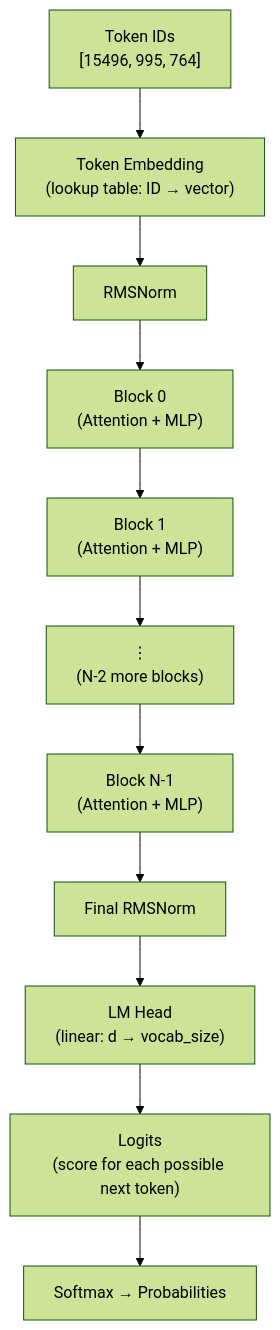
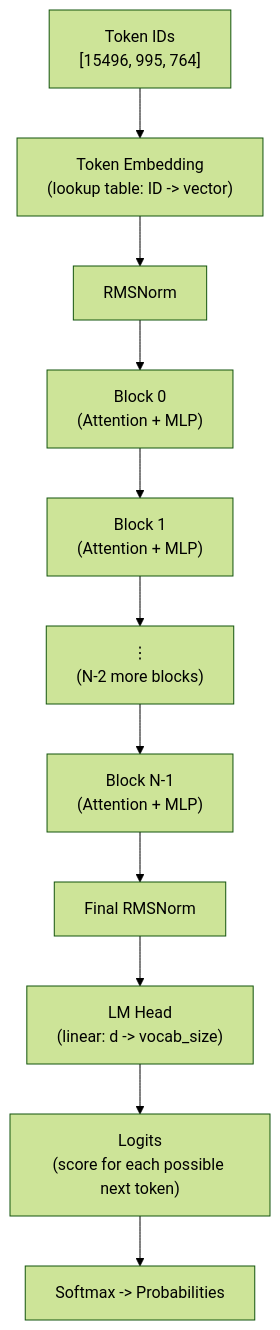
One commit to meever/nanochat changed the sixth of 6 diagrams in learn/01_transformers.md. Above: the diagram before and after it, drawn with Mermaid (forest theme). The commit also changed other lines of this file and 11 other files, not shown here.

````diff
--- a/learn/01_transformers.md
+++ b/learn/01_transformers.md
@@ -241,13 +241,13 @@
 ```mermaid
 flowchart TD
-  Tokens["Token IDs\n[15496, 995, 764]"] --> Embed["Token Embedding\n(lookup table: ID → vector)"]
+  Tokens["Token IDs\n[15496, 995, 764]"] --> Embed["Token Embedding\n(lookup table: ID -> vector)"]
   Embed --> Norm0["RMSNorm"]
   Norm0 --> B0["Block 0\n(Attention + MLP)"]
   B0 --> B1["Block 1\n(Attention + MLP)"]
   B1 --> Dots["⋮\n(N-2 more blocks)"]
   Dots --> BN["Block N-1\n(Attention + MLP)"]
   BN --> NormF["Final RMSNorm"]
-  NormF --> LMHead["LM Head\n(linear: d → vocab_size)"]
+  NormF --> LMHead["LM Head\n(linear: d -> vocab_size)"]
   LMHead --> Logits["Logits\n(score for each possible next token)"]
-  Logits --> Softmax["Softmax → Probabilities"]
+  Logits --> Softmax["Softmax -> Probabilities"]
 ```
````
